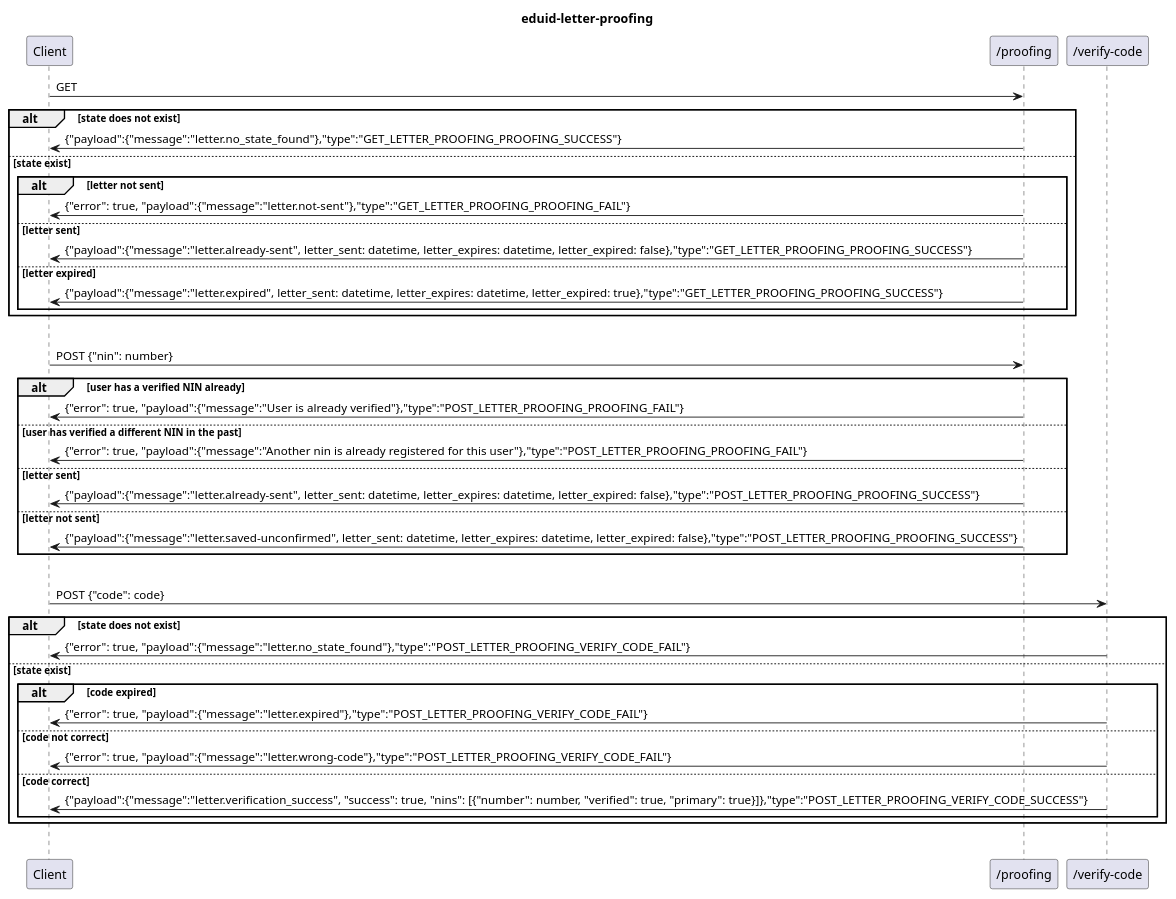
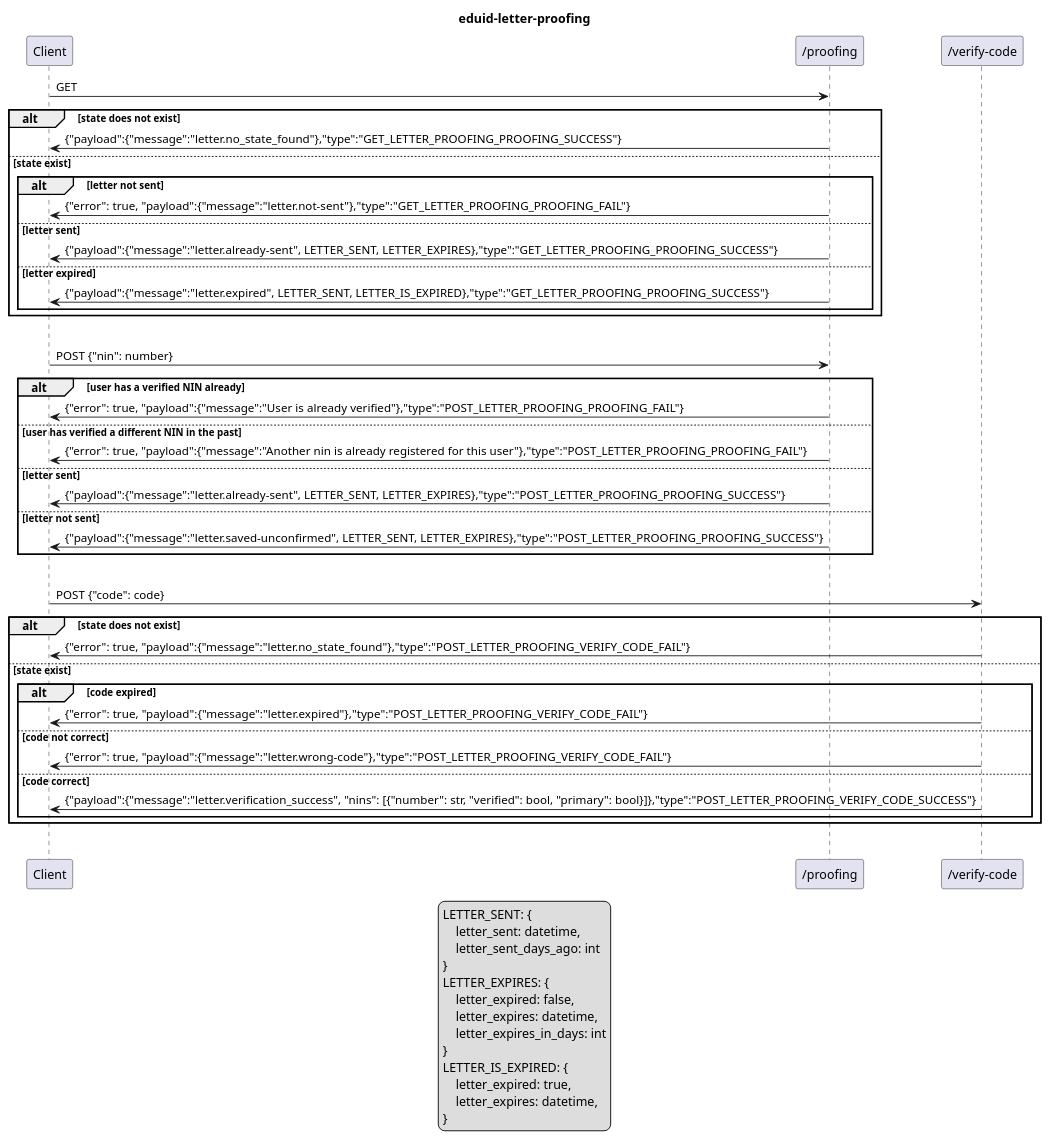
The diagram in doc/letter_proofing.puml (SUNET/eduid-backend), drawn with PlantUML before and after one commit. The commit also changed 1 other file, not shown here.

```diff
--- a/doc/letter_proofing.puml
+++ b/doc/letter_proofing.puml
@@ -1,43 +1,59 @@
 @startuml
 title eduid-letter-proofing
+
+legend
+    LETTER_SENT: {
+        letter_sent: datetime,
+        letter_sent_days_ago: int
+    }
+    LETTER_EXPIRES: {
+        letter_expired: false,
+        letter_expires: datetime,
+        letter_expires_in_days: int
+    }
+    LETTER_IS_EXPIRED: {
+        letter_expired: true,
+        letter_expires: datetime,
+    }
+end legend
 
 Client->"/proofing": GET
 alt state does not exist
     "/proofing"->Client: {"payload":{"message":"letter.no_state_found"},"type":"GET_LETTER_PROOFING_PROOFING_SUCCESS"}
 else state exist
     alt letter not sent
         "/proofing"->Client: {"error": true, "payload":{"message":"letter.not-sent"},"type":"GET_LETTER_PROOFING_PROOFING_FAIL"}
     else letter sent
-        "/proofing"->Client: {"payload":{"message":"letter.already-sent", letter_sent: datetime, letter_expires: datetime, letter_expired: false},"type":"GET_LETTER_PROOFING_PROOFING_SUCCESS"}
+        "/proofing"->Client: {"payload":{"message":"letter.already-sent", LETTER_SENT, LETTER_EXPIRES},"type":"GET_LETTER_PROOFING_PROOFING_SUCCESS"}
     else letter expired
-        "/proofing"->Client: {"payload":{"message":"letter.expired", letter_sent: datetime, letter_expires: datetime, letter_expired: true},"type":"GET_LETTER_PROOFING_PROOFING_SUCCESS"}
+        "/proofing"->Client: {"payload":{"message":"letter.expired", LETTER_SENT, LETTER_IS_EXPIRED},"type":"GET_LETTER_PROOFING_PROOFING_SUCCESS"}
     end
 end
 |||
 
 Client->"/proofing": POST {"nin": number}
 alt user has a verified NIN already
     "/proofing"->Client: {"error": true, "payload":{"message":"User is already verified"},"type":"POST_LETTER_PROOFING_PROOFING_FAIL"}
 else user has verified a different NIN in the past
     "/proofing"->Client: {"error": true, "payload":{"message":"Another nin is already registered for this user"},"type":"POST_LETTER_PROOFING_PROOFING_FAIL"}
 else letter sent
-    "/proofing"->Client: {"payload":{"message":"letter.already-sent", letter_sent: datetime, letter_expires: datetime, letter_expired: false},"type":"POST_LETTER_PROOFING_PROOFING_SUCCESS"}
+    "/proofing"->Client: {"payload":{"message":"letter.already-sent", LETTER_SENT, LETTER_EXPIRES},"type":"POST_LETTER_PROOFING_PROOFING_SUCCESS"}
 else letter not sent
-    "/proofing"->Client: {"payload":{"message":"letter.saved-unconfirmed", letter_sent: datetime, letter_expires: datetime, letter_expired: false},"type":"POST_LETTER_PROOFING_PROOFING_SUCCESS"}
+    "/proofing"->Client: {"payload":{"message":"letter.saved-unconfirmed", LETTER_SENT, LETTER_EXPIRES},"type":"POST_LETTER_PROOFING_PROOFING_SUCCESS"}
 end
 |||
 
 Client -> "/verify-code": POST {"code": code}
 alt state does not exist
     "/verify-code"->Client: {"error": true, "payload":{"message":"letter.no_state_found"},"type":"POST_LETTER_PROOFING_VERIFY_CODE_FAIL"}
 else state exist
     alt code expired
         "/verify-code"->Client: {"error": true, "payload":{"message":"letter.expired"},"type":"POST_LETTER_PROOFING_VERIFY_CODE_FAIL"}
     else code not correct
         "/verify-code"->Client: {"error": true, "payload":{"message":"letter.wrong-code"},"type":"POST_LETTER_PROOFING_VERIFY_CODE_FAIL"}
     else code correct
-        "/verify-code"->Client: {"payload":{"message":"letter.verification_success", "success": true, "nins": [{"number": number, "verified": true, "primary": true}]},"type":"POST_LETTER_PROOFING_VERIFY_CODE_SUCCESS"}
+        "/verify-code"->Client: {"payload":{"message":"letter.verification_success", "nins": [{"number": str, "verified": bool, "primary": bool}]},"type":"POST_LETTER_PROOFING_VERIFY_CODE_SUCCESS"}
     end
 end
 |||
 @enduml
```
